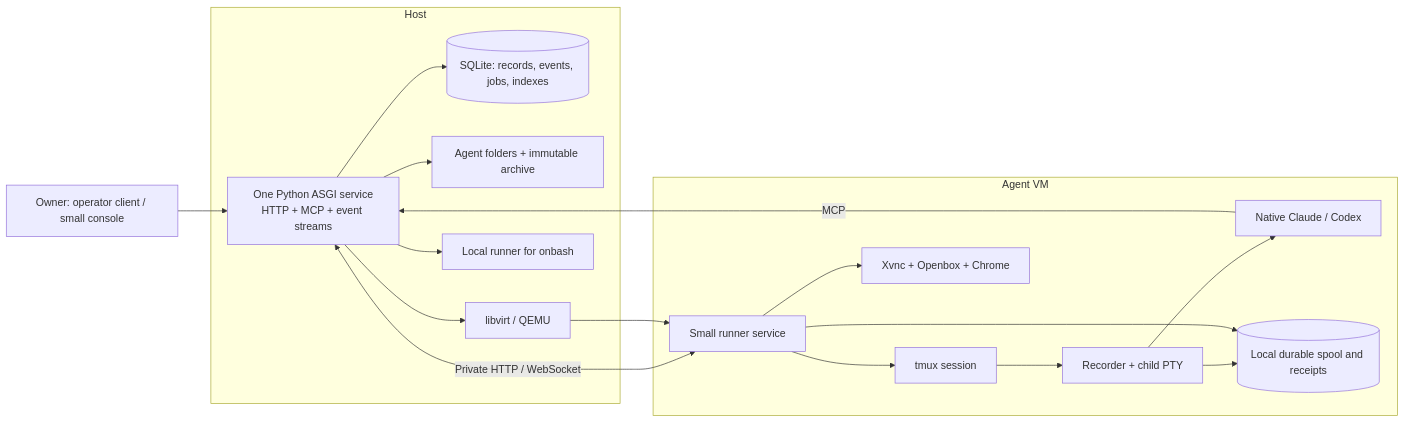
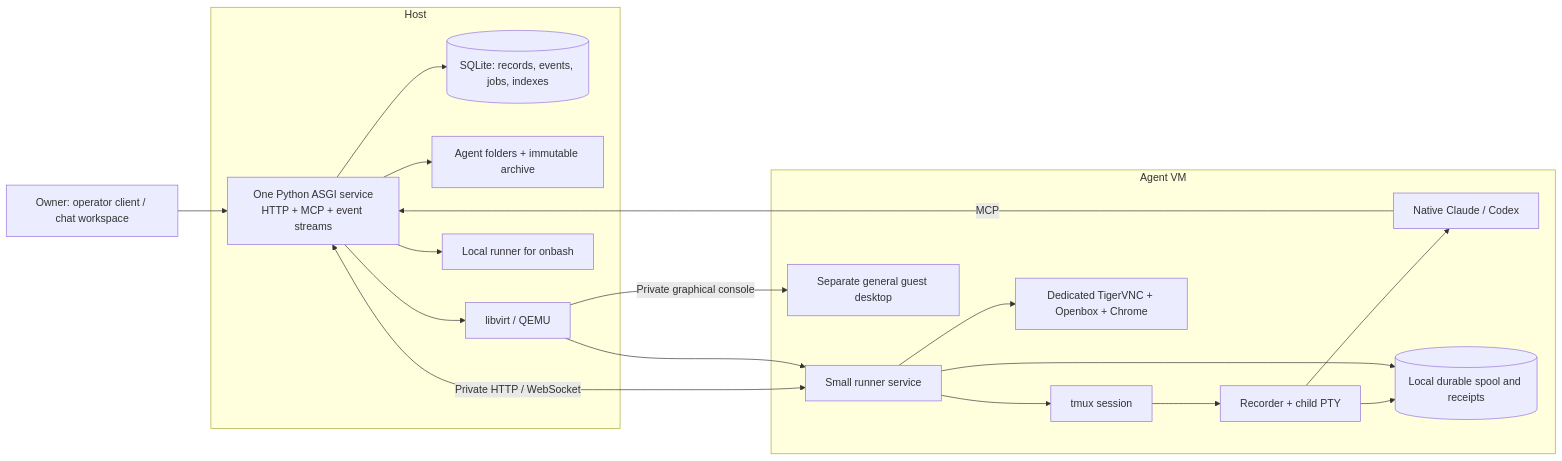
One commit to 49-Agents/qorqbot changed the diagram in ui/docs/ARCHITECTURE.md. Above: the diagram before and after it, drawn with Mermaid. The commit also changed other lines of this file and 18 other files, not shown here.

Commit message:
docs: plan chat workspace and intent-based user actions

````diff
--- a/ui/docs/ARCHITECTURE.md
+++ b/ui/docs/ARCHITECTURE.md
@@ -7,31 +7,33 @@
 ```mermaid
 flowchart LR
-    OWNER[Owner: operator client / small console] --> HOST
+    OWNER[Owner: operator client / chat workspace] --> HOST
     subgraph Host
         HOST[One Python ASGI service\nHTTP + MCP + event streams]
         DB[(SQLite: records, events, jobs, indexes)]
         STORE[Agent folders + immutable archive]
         LV[libvirt / QEMU]
         LOCAL[Local runner for onbash]
         HOST --> DB
         HOST --> STORE
         HOST --> LV
         HOST --> LOCAL
     end
     subgraph Agent VM
         GUEST[Small runner service]
         TMUX[tmux session]
         REC[Recorder + child PTY]
         CLI[Native Claude / Codex]
         SPOOL[(Local durable spool and receipts)]
-        DESKTOP[Xvnc + Openbox + Chrome]
+        DESKTOP[Dedicated TigerVNC + Openbox + Chrome]
+        MACHINE[Separate general guest desktop]
         GUEST --> TMUX
         TMUX --> REC --> CLI
         REC --> SPOOL
         GUEST --> SPOOL
         GUEST --> DESKTOP
         CLI -->|MCP| HOST
     end
     HOST <-->|Private HTTP / WebSocket| GUEST
     LV --> GUEST
+    LV -->|Private graphical console| MACHINE
 ```
````
